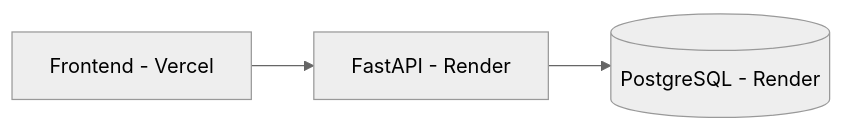
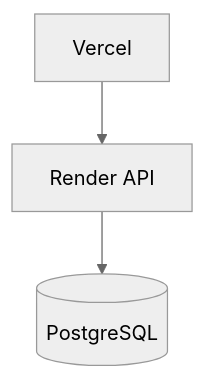
Before and after one commit to panakantinandu/ai-workflow-platform: the third of 3 diagrams in README.md, drawn with Mermaid (neutral theme). The commit also changed other lines of this file, not shown here.

````diff
--- a/README.md
+++ b/README.md
@@ -124,9 +168,5 @@
 ```mermaid
-graph LR
-    Vercel[Frontend - Vercel]
-    RenderAPI[FastAPI - Render]
-    RenderDB[(PostgreSQL - Render)]
-
-    Vercel --> RenderAPI
-    RenderAPI --> RenderDB
+graph TD
+    Frontend[Vercel] --> Backend[Render API]
+    Backend --> DB[(PostgreSQL)]
 ```
````
